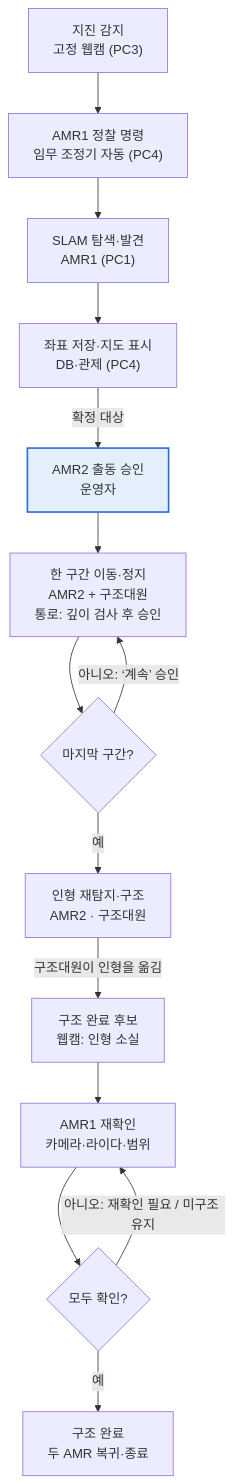
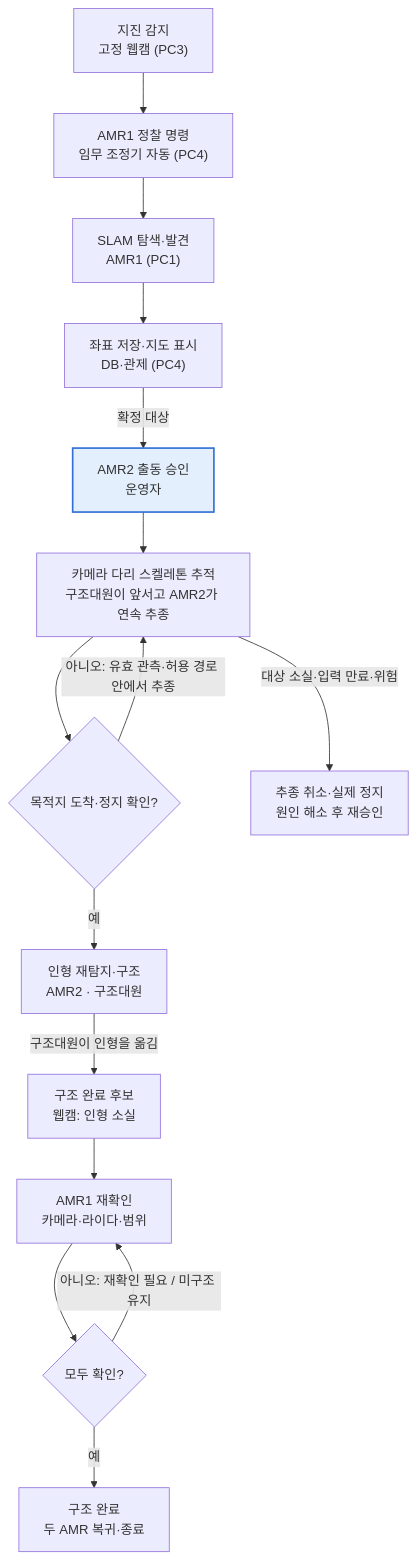
One commit to mi1nn/ROKEY-7-public changed the diagram in docs/requirements/brd-v0.2.md. Above: the diagram before and after it, drawn with Mermaid. The commit also changed other lines of this file and 8 other files, not shown here.

````diff
--- a/docs/requirements/brd-v0.2.md
+++ b/docs/requirements/brd-v0.2.md
@@ -44,18 +46,19 @@
 ```mermaid
 flowchart TD
   A["지진 감지<br/>고정 웹캠 (PC3)"] --> B["AMR1 정찰 명령<br/>임무 조정기 자동 (PC4)"]
   B --> C["SLAM 탐색·발견<br/>AMR1 (PC1)"]
   C --> D["좌표 저장·지도 표시<br/>DB·관제 (PC4)"]
   D -- "확정 대상" --> E["AMR2 출동 승인<br/>운영자"]
-  E --> F["한 구간 이동·정지<br/>AMR2 + 구조대원<br/>통로: 깊이 검사 후 승인"]
-  F --> G{"마지막 구간?"}
-  G -- "아니오: ‘계속’ 승인" --> F
+  E --> F["카메라 다리 스켈레톤 추적<br/>구조대원이 앞서고 AMR2가 연속 추종"]
+  F --> G{"목적지 도착·정지 확인?"}
+  G -- "아니오: 유효 관측·허용 경로 안에서 추종" --> F
   G -- "예" --> H["인형 재탐지·구조<br/>AMR2 · 구조대원"]
+  F -- "대상 소실·입력 만료·위험" --> S["추종 취소·실제 정지<br/>원인 해소 후 재승인"]
   H -- "구조대원이 인형을 옮김" --> I["구조 완료 후보<br/>웹캠: 인형 소실"]
   I --> J["AMR1 재확인<br/>카메라·라이다·범위"]
   J --> K{"모두 확인?"}
   K -- "아니오: 재확인 필요 / 미구조 유지" --> J
   K -- "예" --> L["구조 완료<br/>두 AMR 복귀·종료"]
   classDef approve fill:#e3effc,stroke:#2f6fd6,stroke-width:2px
   class E approve
 ```
````
